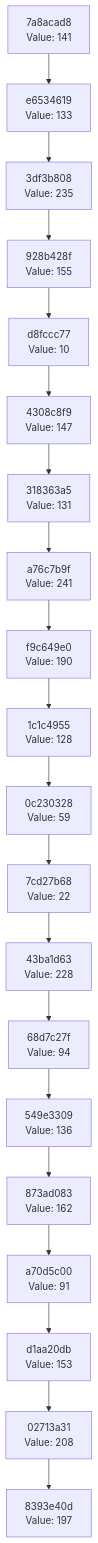
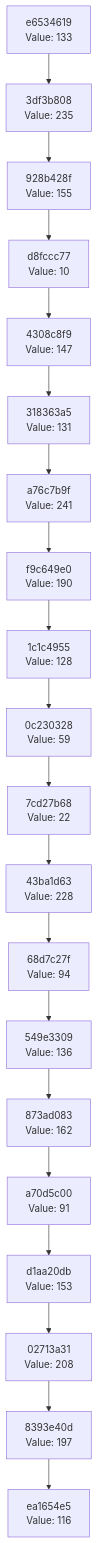
Before and after one commit to Abhisheksinha1506/hash-chain-evolver: the diagram in docs/CHAIN_VISUALIZATION.md, drawn with Mermaid. The commit also changed 3 other files, not shown here.

````diff
--- a/docs/CHAIN_VISUALIZATION.md
+++ b/docs/CHAIN_VISUALIZATION.md
@@ -3,42 +3,42 @@
 ```mermaid
 graph TD
-    C0["8393e40d<br/>Value: 197"]
-    C1["02713a31<br/>Value: 208"]
+    C0["ea1654e5<br/>Value: 116"]
+    C1["8393e40d<br/>Value: 197"]
     C1 --> C0
-    C2["d1aa20db<br/>Value: 153"]
+    C2["02713a31<br/>Value: 208"]
     C2 --> C1
-    C3["a70d5c00<br/>Value: 91"]
+    C3["d1aa20db<br/>Value: 153"]
     C3 --> C2
-    C4["873ad083<br/>Value: 162"]
+    C4["a70d5c00<br/>Value: 91"]
     C4 --> C3
-    C5["549e3309<br/>Value: 136"]
+    C5["873ad083<br/>Value: 162"]
     C5 --> C4
-    C6["68d7c27f<br/>Value: 94"]
+    C6["549e3309<br/>Value: 136"]
     C6 --> C5
-    C7["43ba1d63<br/>Value: 228"]
+    C7["68d7c27f<br/>Value: 94"]
     C7 --> C6
-    C8["7cd27b68<br/>Value: 22"]
+    C8["43ba1d63<br/>Value: 228"]
     C8 --> C7
-    C9["0c230328<br/>Value: 59"]
+    C9["7cd27b68<br/>Value: 22"]
     C9 --> C8
-    C10["1c1c4955<br/>Value: 128"]
+    C10["0c230328<br/>Value: 59"]
     C10 --> C9
-    C11["f9c649e0<br/>Value: 190"]
+    C11["1c1c4955<br/>Value: 128"]
     C11 --> C10
-    C12["a76c7b9f<br/>Value: 241"]
+    C12["f9c649e0<br/>Value: 190"]
     C12 --> C11
-    C13["318363a5<br/>Value: 131"]
+    C13["a76c7b9f<br/>Value: 241"]
     C13 --> C12
-    C14["4308c8f9<br/>Value: 147"]
+    C14["318363a5<br/>Value: 131"]
     C14 --> C13
-    C15["d8fccc77<br/>Value: 10"]
+    C15["4308c8f9<br/>Value: 147"]
     C15 --> C14
-    C16["928b428f<br/>Value: 155"]
+    C16["d8fccc77<br/>Value: 10"]
     C16 --> C15
-    C17["3df3b808<br/>Value: 235"]
+    C17["928b428f<br/>Value: 155"]
     C17 --> C16
-    C18["e6534619<br/>Value: 133"]
+    C18["3df3b808<br/>Value: 235"]
     C18 --> C17
-    C19["7a8acad8<br/>Value: 141"]
+    C19["e6534619<br/>Value: 133"]
     C19 --> C18
 ```
````
